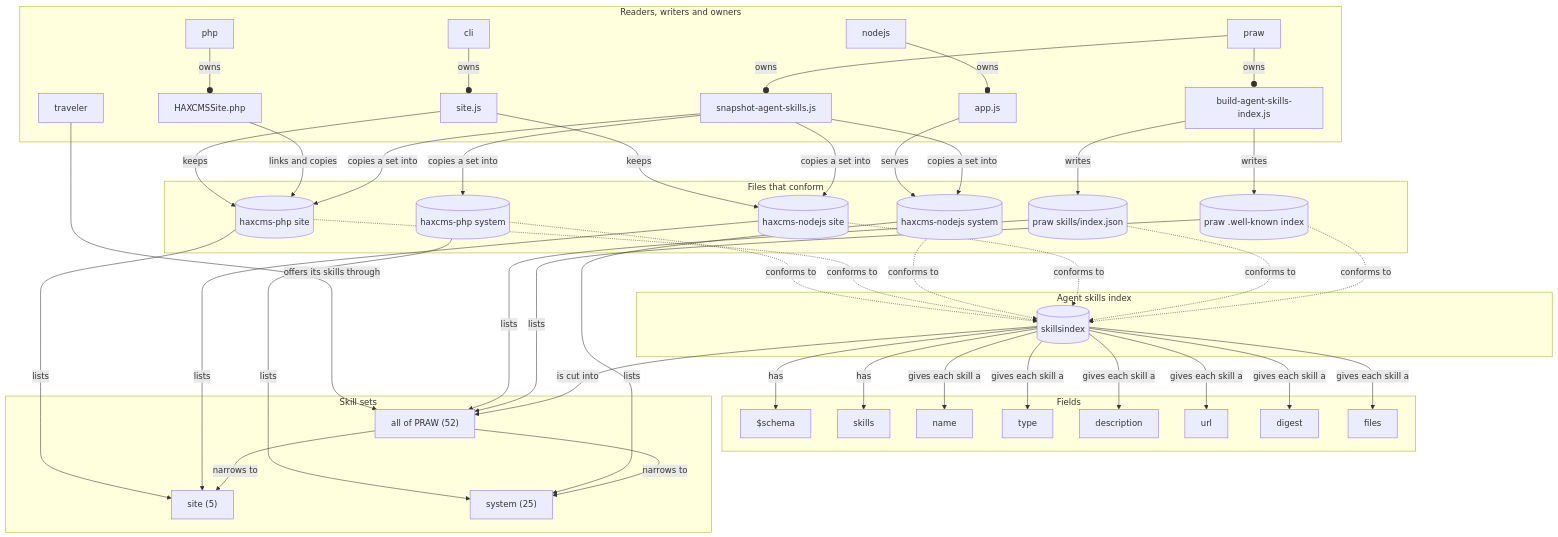
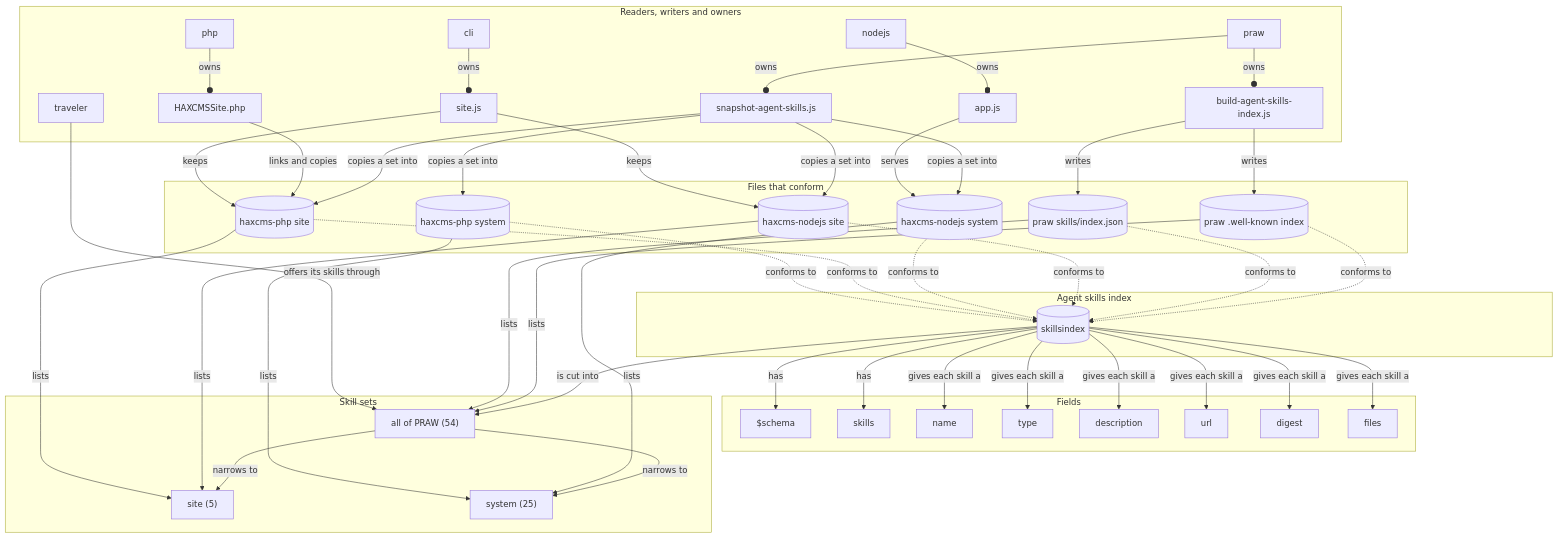
One commit to haxtheweb/praw changed the diagram in ecosystem/web/hax-skillsindex.mmd. Above: the diagram before and after it, drawn with Mermaid. The commit also changed 31 other files, not shown here.

```diff
--- a/ecosystem/web/hax-skillsindex.mmd
+++ b/ecosystem/web/hax-skillsindex.mmd
@@ -1,116 +1,116 @@
 %% Agent skills index sub-web, generated by build_skillsindex.py from PRAW's .well-known/agent-skills and every copy in haxcms-nodejs and haxcms-php.
 %% Portals: ids from hax-ecosystem.mmd (traveler opens the skills web). Details in hax-skillsindex.json.
 flowchart TB
   %%@ layout rings=0,230,470,720,960 sizes=92,52,58,54,46
   subgraph hub ["Agent skills index"]
     skillsindex[("skillsindex")]
   end
   subgraph fieldsg ["Fields"]
     f_dollar_schema["$schema"]
     f_skills["skills"]
     f_name["name"]
     f_type["type"]
     f_description["description"]
     f_url["url"]
     f_digest["digest"]
     f_files["files"]
   end
   subgraph setsg ["Skill sets"]
-    set_all["all of PRAW (52)"]
+    set_all["all of PRAW (54)"]
     set_site["site (5)"]
     set_system["system (25)"]
   end
   subgraph copiesg ["Files that conform"]
     praw_index[("praw .well-known index")]
     praw_full[("praw skills/index.json")]
     nodejs_site[("haxcms-nodejs site")]
     nodejs_system[("haxcms-nodejs system")]
     php_site[("haxcms-php site")]
     php_system[("haxcms-php system")]
   end
   subgraph rwg ["Readers, writers and owners"]
     w_build["build-agent-skills-index.js"]
     w_snapshot["snapshot-agent-skills.js"]
     w_php["HAXCMSSite.php"]
     w_node["app.js"]
     w_cli["site.js"]
     praw["praw"]
     nodejs["nodejs"]
     php["php"]
     cli["cli"]
     traveler["traveler"]
   end
 
   skillsindex -->|has| f_dollar_schema
   skillsindex -->|has| f_skills
   skillsindex -->|gives each skill a| f_name
   skillsindex -->|gives each skill a| f_type
   skillsindex -->|gives each skill a| f_description
   skillsindex -->|gives each skill a| f_url
   skillsindex -->|gives each skill a| f_digest
   skillsindex -->|gives each skill a| f_files
   skillsindex -->|is cut into| set_all
   set_all -->|narrows to| set_site
   set_all -->|narrows to| set_system
   praw_index -.->|conforms to| skillsindex
   praw_full -.->|conforms to| skillsindex
   praw_index -->|lists| set_all
   praw_full -->|lists| set_all
   nodejs_site -.->|conforms to| skillsindex
   nodejs_site -->|lists| set_site
   nodejs_system -.->|conforms to| skillsindex
   nodejs_system -->|lists| set_system
   php_site -.->|conforms to| skillsindex
   php_site -->|lists| set_site
   php_system -.->|conforms to| skillsindex
   php_system -->|lists| set_system
   w_build -->|writes| praw_index
   w_build -->|writes| praw_full
   praw --o|owns| w_build
   w_snapshot -->|copies a set into| nodejs_site
   w_snapshot -->|copies a set into| nodejs_system
   w_snapshot -->|copies a set into| php_site
   w_snapshot -->|copies a set into| php_system
   praw --o|owns| w_snapshot
   w_php -->|links and copies| php_site
   php --o|owns| w_php
   w_node -->|serves| nodejs_system
   nodejs --o|owns| w_node
   w_cli -->|keeps| nodejs_site
   w_cli -->|keeps| php_site
   cli --o|owns| w_cli
   traveler -->|offers its skills through| set_all
 
   %%@ group hub tier=0
   %%@ group fieldsg tier=1
   %%@ group setsg tier=2
   %%@ group copiesg tier=3
   %%@ group rwg tier=4
   %%@ node skillsindex icon=hax:code-json color=creekTeal motion=beat
   %%@ node f_dollar_schema icon=hax:code-json color=creekTeal motion=nudge
   %%@ node f_skills icon=hax:code-json color=creekTeal motion=nudge
   %%@ node f_name icon=hax:code-json color=creekTeal motion=nudge
   %%@ node f_type icon=hax:code-json color=creekTeal motion=nudge
   %%@ node f_description icon=hax:code-json color=creekTeal motion=nudge
   %%@ node f_url icon=hax:code-json color=creekTeal motion=nudge
   %%@ node f_digest icon=hax:code-json color=creekTeal motion=nudge
   %%@ node f_files icon=hax:code-json color=limestoneGray motion=nudge
   %%@ node set_all icon=icons:folder-open color=original87Pink motion=pop
   %%@ node set_site icon=icons:folder-open color=original87Pink motion=pop
   %%@ node set_system icon=icons:folder-open color=original87Pink motion=pop
   %%@ node praw_index icon=hax:code-json color=forestGreen motion=nudge
   %%@ node praw_full icon=hax:code-json color=forestGreen motion=nudge
   %%@ node nodejs_site icon=hax:code-json color=forestGreen motion=nudge
   %%@ node nodejs_system icon=hax:code-json color=forestGreen motion=nudge
   %%@ node php_site icon=hax:code-json color=forestGreen motion=nudge
   %%@ node php_system icon=hax:code-json color=forestGreen motion=nudge
   %%@ node w_build icon=hax:code-json color=slateGray motion=nudge
   %%@ node w_snapshot icon=hax:code-json color=slateGray motion=nudge
   %%@ node w_php icon=hax:code-json color=slateGray motion=nudge
   %%@ node w_node icon=hax:code-json color=slateGray motion=nudge
   %%@ node w_cli icon=hax:code-json color=slateGray motion=nudge
   %%@ node praw portal
   %%@ node nodejs portal
   %%@ node php portal
   %%@ node cli portal
   %%@ node traveler portal
```
